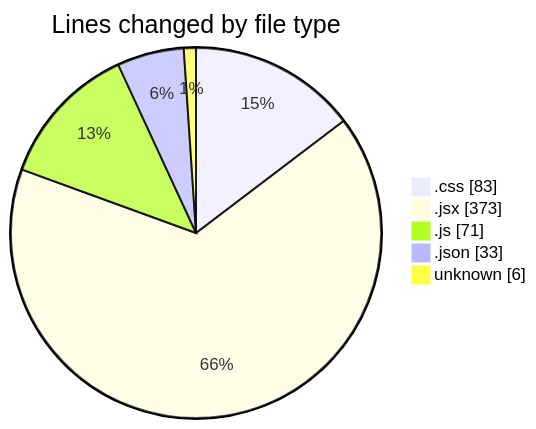
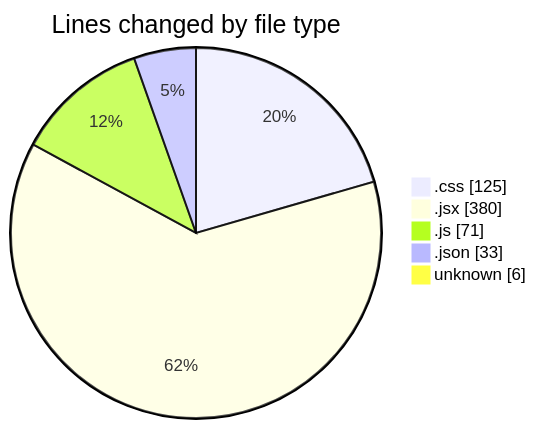
One commit to Elitesun/code-tracking changed the first of 2 diagrams in 2025-02-14/elitegpt/README.md. Above: the diagram before and after it, drawn with Mermaid. The commit also changed other lines of this file and 1 other file, not shown here.

````diff
--- a/2025-02-14/elitegpt/README.md
+++ b/2025-02-14/elitegpt/README.md
@@ -32,9 +32,9 @@
 ```mermaid
 pie showData
 title Lines changed by file type
-".css" : 83
-".jsx" : 373
+".css" : 125
+".jsx" : 380
 ".js" : 71
 ".json" : 33
 "unknown" : 6
 ```
````
